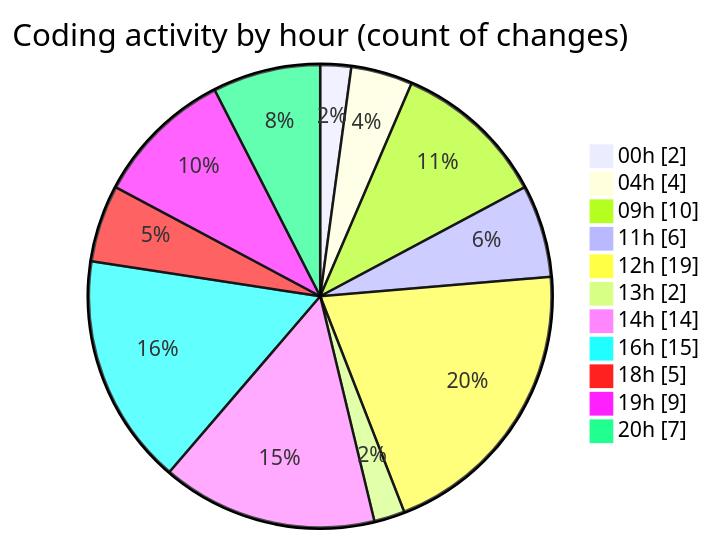
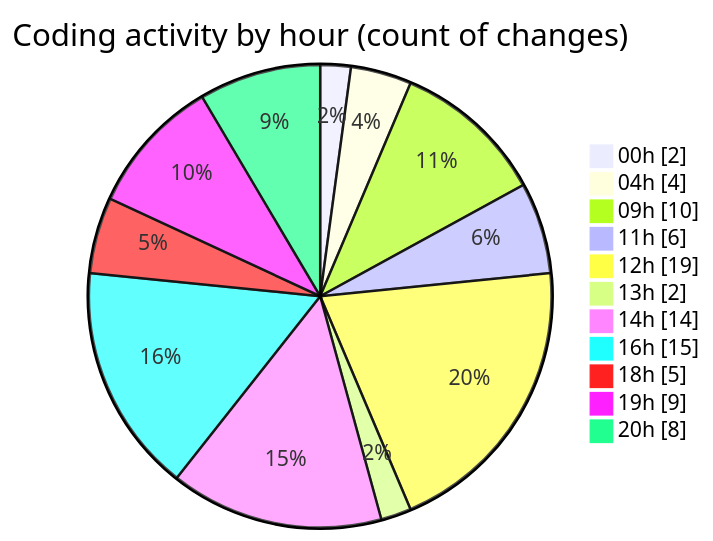
One commit to julien-gomy/code-tracking changed the second of 2 diagrams in 2025-10-28/eventscop-frontend-guide__workspace_/README.md. Above: the diagram before and after it, drawn with Mermaid. The commit also changed other lines of this file and 1 other file, not shown here.

````diff
--- a/2025-10-28/eventscop-frontend-guide__workspace_/README.md
+++ b/2025-10-28/eventscop-frontend-guide__workspace_/README.md
@@ -61,15 +61,15 @@
 ```mermaid
 pie showData
 title Coding activity by hour (count of changes)
 "00h" : 2
 "04h" : 4
 "09h" : 10
 "11h" : 6
 "12h" : 19
 "13h" : 2
 "14h" : 14
 "16h" : 15
 "18h" : 5
 "19h" : 9
-"20h" : 7
+"20h" : 8
 ```
````
